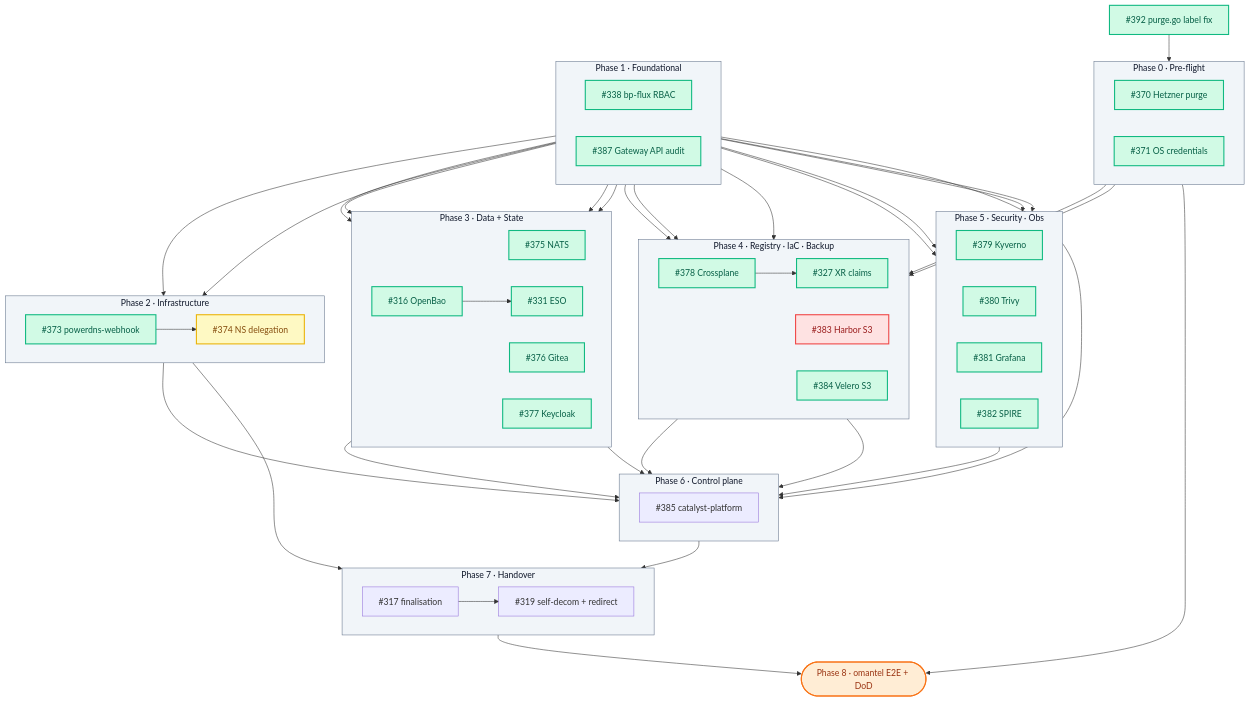
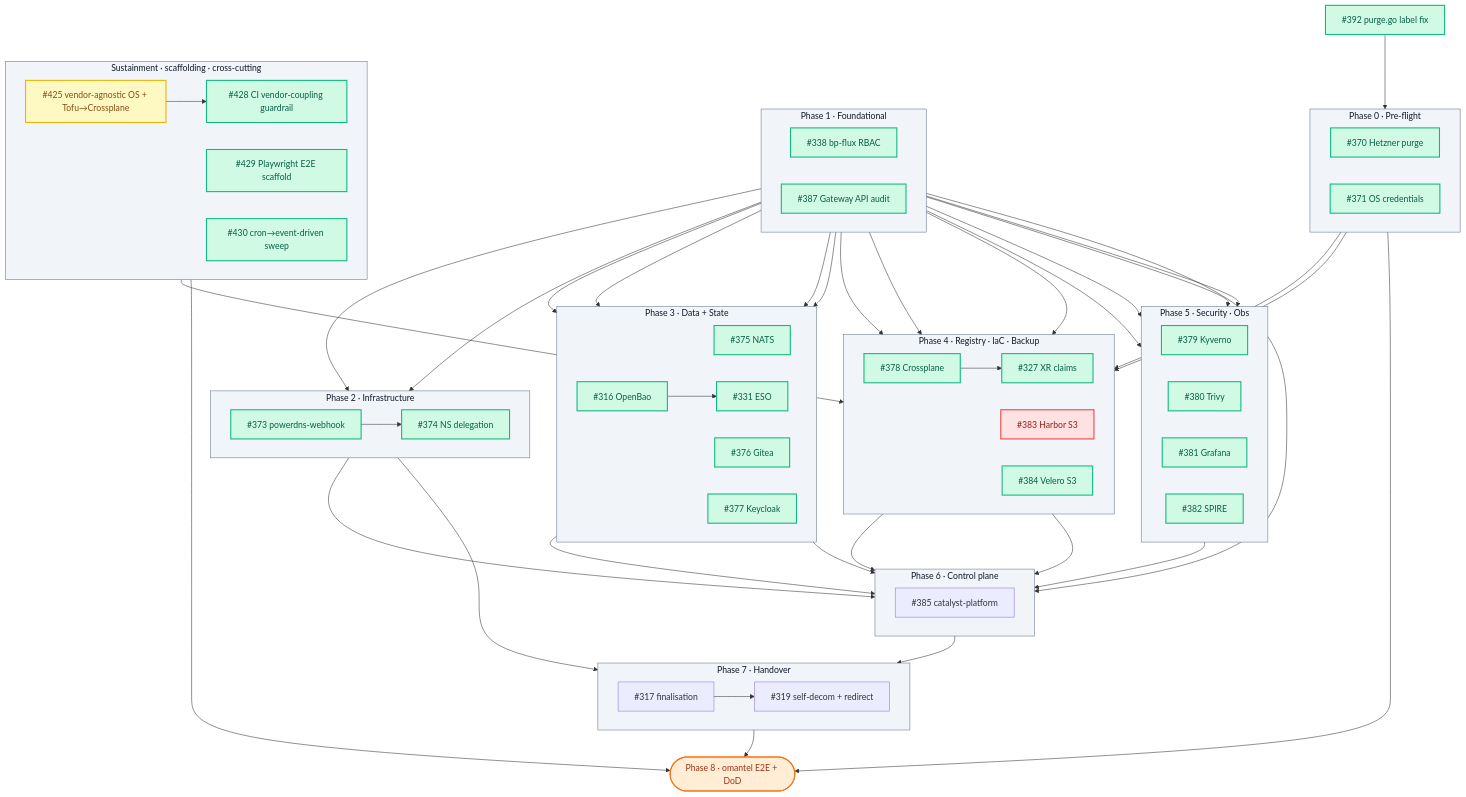
Before and after one commit to openova-io/openova: the diagram in docs/omantel-handover-wbs.md, drawn with Mermaid. The commit also changed other lines of this file, not shown here.

Commit message:
docs(wbs): tick 12 — #374/#428/#429/#430 done; SCAF subgraph + click directives
State on main after this commit:
- done (22): 316,327,331,338,370,371,373,374,375,376,377,378,379,380,381,382,384,387,392,428,429,430
- wip (1): 425 (vendor-agnostic OS + Tofu→Crossplane handover)
- blocked (1): 383 (gates on #425)

Adds new SCAF (sustainment/scaffolding/cross-cutting) subgraph carrying
T425/T428/T429/T430 + cross-cutting edges: T425→T383, T425→T428, T429→P8.
§9 rows added for #428 (CI guardrail merged) + #430 (audit-only).
T374 moves wip → done after PR #433 (NS-delegation wizard step) merged.

````diff
--- a/docs/omantel-handover-wbs.md
+++ b/docs/omantel-handover-wbs.md
@@ -149,6 +149,19 @@
     T392["#392 purge.go label fix"]
     P8([Phase 8 · omantel E2E + DoD]):::gate
 
+    subgraph SCAF[Sustainment · scaffolding · cross-cutting]
+        direction LR
+        T425["#425 vendor-agnostic OS + Tofu→Crossplane"]
+        T428["#428 CI vendor-coupling guardrail"]
+        T429["#429 Playwright E2E scaffold"]
+        T430["#430 cron→event-driven sweep"]
+    end
+
+    %% Cross-cutting: #425 unblocks #383, #428 enforces it, #429 prepares Phase 8
+    T425 --> T383
+    T425 --> T428
+    T429 --> P8
+
     %% Phase 1 → Phase 2
     T338 --> T373
     T387 --> T373
@@ -190,9 +203,9 @@
     %% #392 unblocks #370
     T392 --> T370
 
-    class PH0,PH1,PH2,PH3,PH4,PH5,PH6,PH7 phase
-    class T316,T327,T331,T338,T370,T371,T373,T375,T376,T377,T378,T379,T380,T381,T382,T384,T387,T392 done
-    class T374,T425 wip
+    class PH0,PH1,PH2,PH3,PH4,PH5,PH6,PH7,SCAF phase
+    class T316,T327,T331,T338,T370,T371,T373,T374,T375,T376,T377,T378,T379,T380,T381,T382,T384,T387,T392,T428,T429,T430 done
+    class T425 wip
     class T383 blocked
 
     %% Clickable ticket numbers — open the GitHub issue in a new tab
@@ -219,5 +232,9 @@
     click T385 "https://github.com/openova-io/openova/issues/385" "Open #385" _blank
     click T387 "https://github.com/openova-io/openova/issues/387" "Open #387" _blank
     click T392 "https://github.com/openova-io/openova/issues/392" "Open #392" _blank
+    click T425 "https://github.com/openova-io/openova/issues/425" "Open #425" _blank
+    click T428 "https://github.com/openova-io/openova/issues/428" "Open #428" _blank
+    click T429 "https://github.com/openova-io/openova/issues/429" "Open #429" _blank
+    click T430 "https://github.com/openova-io/openova/issues/430" "Open #430" _blank
     click P8 "https://github.com/openova-io/openova/issues/369" "Open epic #369" _blank
 ```
````
